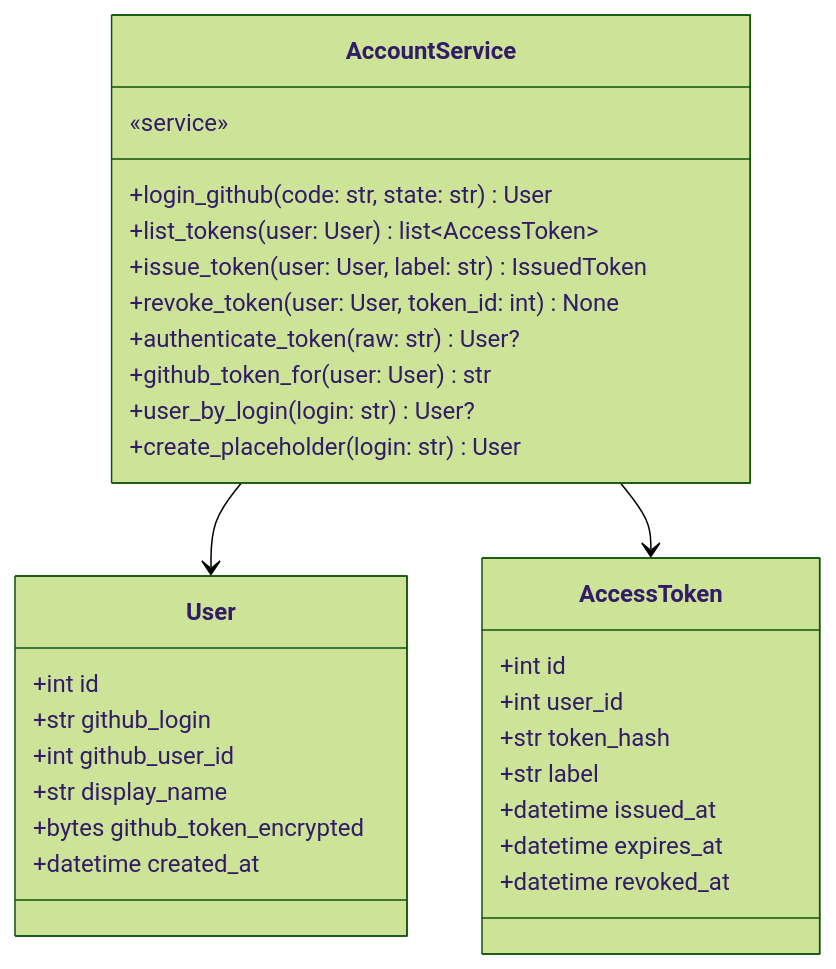
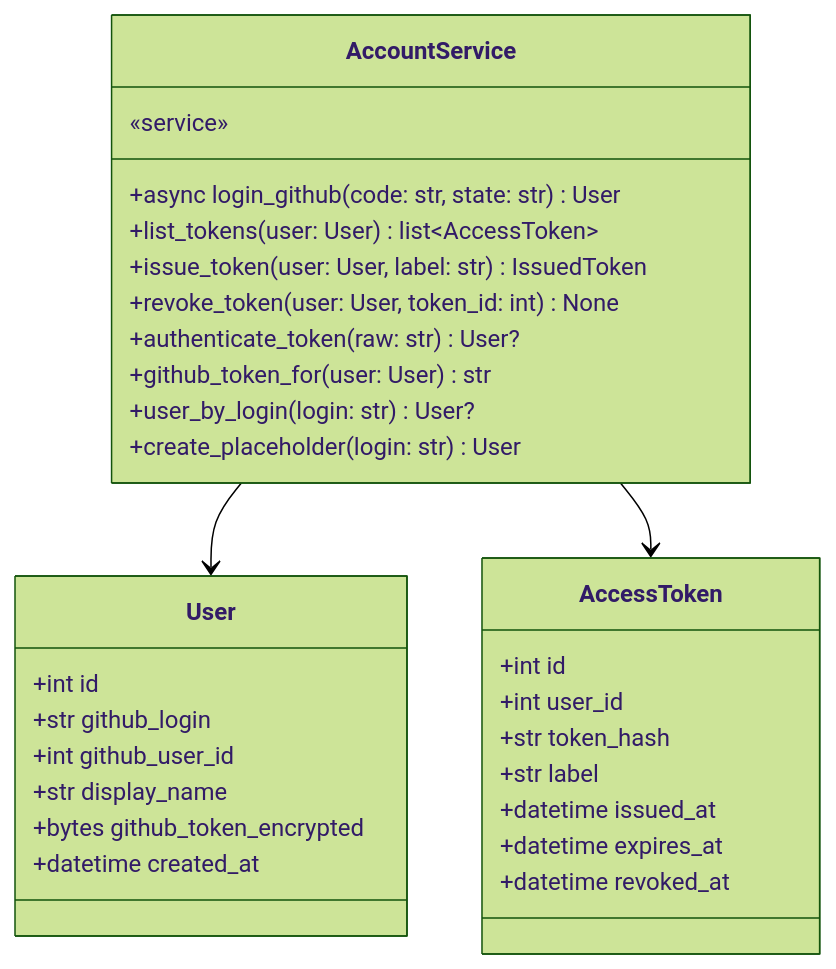
One commit to HoyoungParkme/syncdoc changed diagram 20 of 20 in docs/specs/DOM/SYNC-DOM-002.md. Above: the diagram before and after it, drawn with Mermaid (forest theme). The commit also changed other lines of this file, not shown here.

First line of the commit message:
spec(SYNC-DOM-002): 1장 core/types.py·errors.py 추가, Reference.from_document_id·PropagationDecision.*_pks, async 표기, commit_push 시그니처

````diff
--- a/docs/specs/DOM/SYNC-DOM-002.md
+++ b/docs/specs/DOM/SYNC-DOM-002.md
@@ -798,33 +806,33 @@
 ```mermaid
 classDiagram
     class AccountService {
         «service»
-        +login_github(code: str, state: str) User
+        +async login_github(code: str, state: str) User
         +list_tokens(user: User) list~AccessToken~
         +issue_token(user: User, label: str) IssuedToken
         +revoke_token(user: User, token_id: int) None
         +authenticate_token(raw: str) User?
         +github_token_for(user: User) str
         +user_by_login(login: str) User?
         +create_placeholder(login: str) User
     }
     class User {
         +int id
         +str github_login
         +int github_user_id
         +str display_name
         +bytes github_token_encrypted
         +datetime created_at
     }
     class AccessToken {
         +int id
         +int user_id
         +str token_hash
         +str label
         +datetime issued_at
         +datetime expires_at
         +datetime revoked_at
     }
     AccountService --> User
     AccountService --> AccessToken
 ```
````
